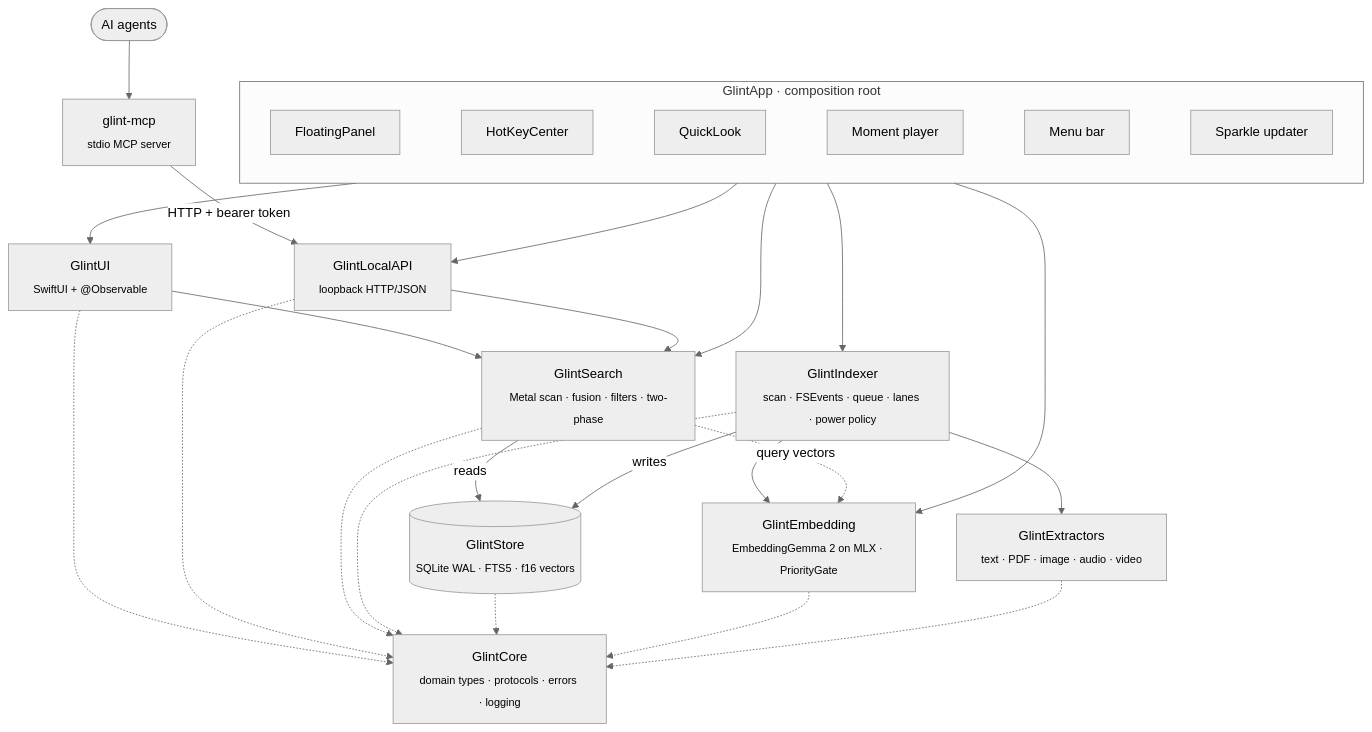
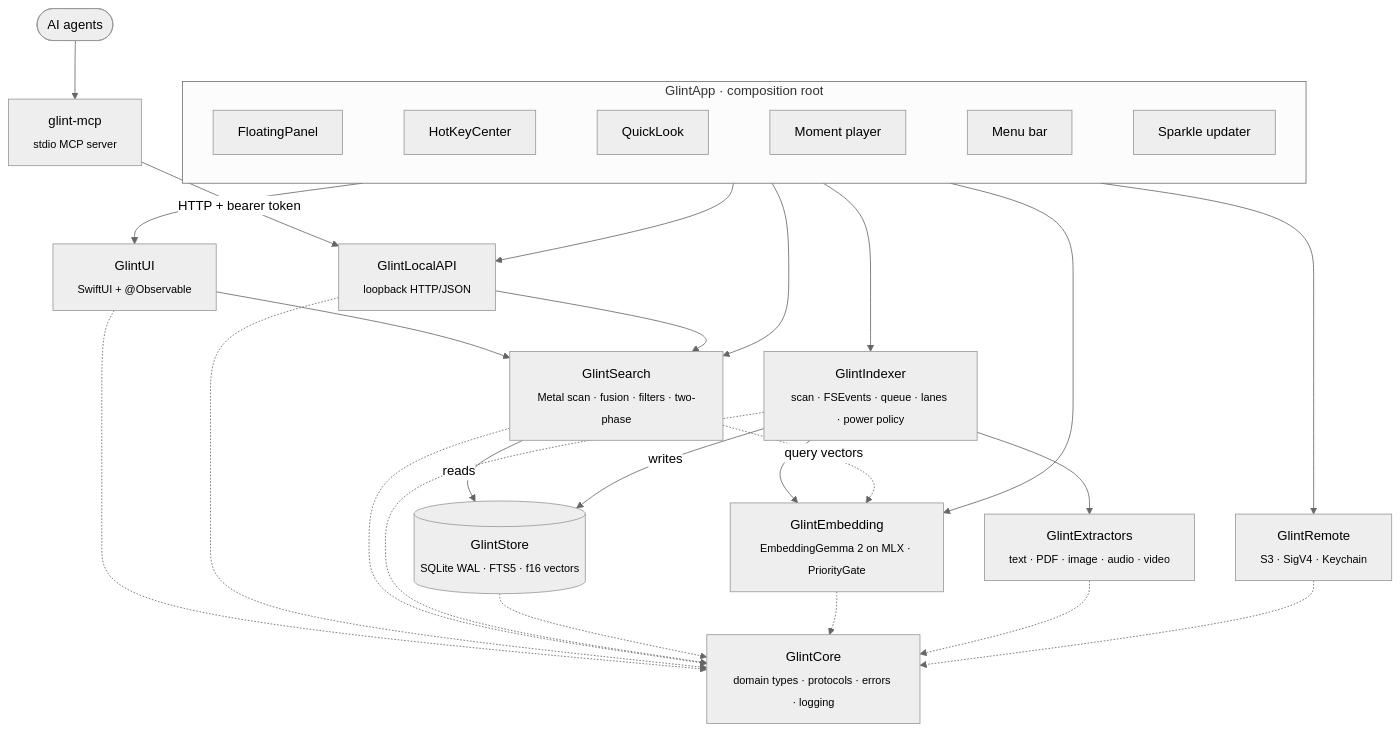
The third of 3 diagrams in README.md (vikramcse/glint), drawn with Mermaid (neutral theme) before and after one commit. The commit also changed other lines of this file and 44 other files, not shown here.

````diff
--- a/README.md
+++ b/README.md
@@ -223,30 +224,31 @@
 ```mermaid
 flowchart TB
     subgraph App["GlintApp · composition root"]
         direction LR
         PNL[FloatingPanel] ~~~ HK[HotKeyCenter] ~~~ QL[QuickLook] ~~~ PLY[Moment player] ~~~ MB[Menu bar] ~~~ UPD[Sparkle updater]
     end
 
     UI["GlintUI<br/><sub>SwiftUI + @Observable</sub>"]
     API["GlintLocalAPI<br/><sub>loopback HTTP/JSON</sub>"]
     SRCH["GlintSearch<br/><sub>Metal scan · fusion · filters · two-phase</sub>"]
     IDX["GlintIndexer<br/><sub>scan · FSEvents · queue · lanes · power policy</sub>"]
+    REM["GlintRemote<br/><sub>S3 · SigV4 · Keychain</sub>"]
     STORE[("GlintStore<br/><sub>SQLite WAL · FTS5 · f16 vectors</sub>")]
     EMB["GlintEmbedding<br/><sub>EmbeddingGemma 2 on MLX · PriorityGate</sub>"]
     EXT["GlintExtractors<br/><sub>text · PDF · image · audio · video</sub>"]
     CORE["GlintCore<br/><sub>domain types · protocols · errors · logging</sub>"]
 
     MCP["glint-mcp<br/><sub>stdio MCP server</sub>"]
     AGENT(["AI agents"])
 
-    App --> UI & API & SRCH & IDX & EMB
+    App --> UI & API & SRCH & IDX & EMB & REM
     UI --> SRCH
     API --> SRCH
     SRCH -- reads --> STORE
     IDX -- writes --> STORE
     IDX --> EMB & EXT
     SRCH -. query vectors .-> EMB
     AGENT --> MCP -- HTTP + bearer token --> API
 
-    UI & API & SRCH & IDX & STORE & EMB & EXT -.-> CORE
+    UI & API & SRCH & IDX & STORE & EMB & EXT & REM -.-> CORE
 ```
````
